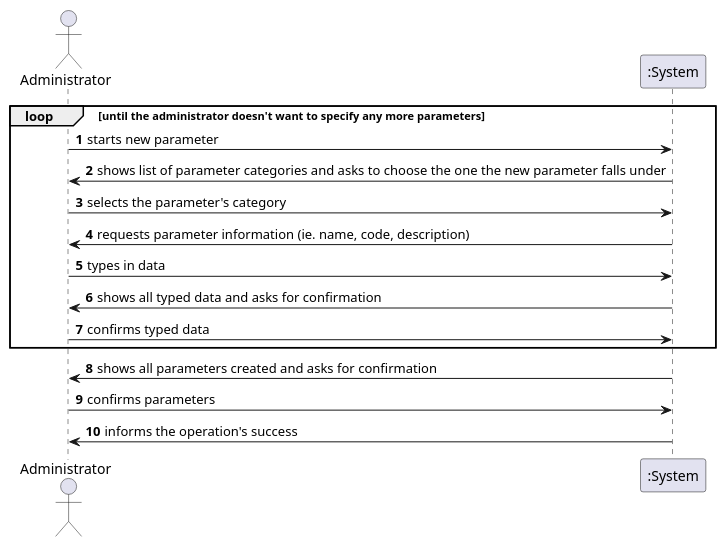
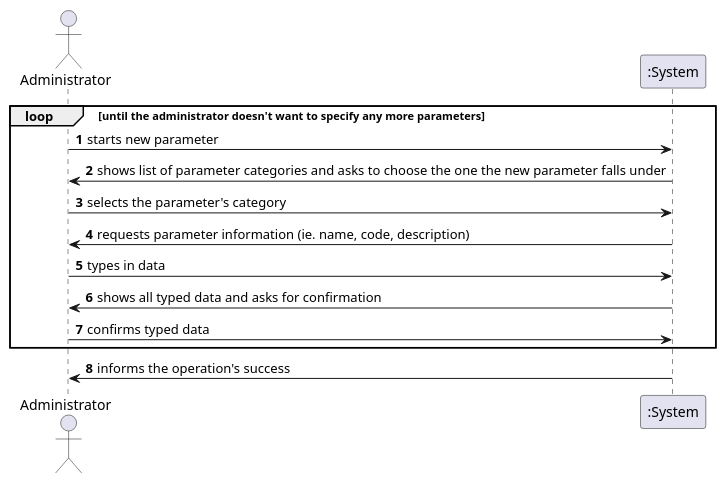
One commit to MadDinosaur/ISEP-LAPR2 changed the diagram in docs/SprintB/US10/US10_SSD.puml. Above: the diagram before and after it, drawn with PlantUML. The commit also changed 10 other files, not shown here.

```diff
--- a/docs/SprintB/US10/US10_SSD.puml
+++ b/docs/SprintB/US10/US10_SSD.puml
@@ -1,20 +1,18 @@
 @startuml
 
 autonumber
 
 actor Administrator
 
 loop until the administrator doesn't want to specify any more parameters
 Administrator -> ":System": starts new parameter
 ":System" -> Administrator: shows list of parameter categories and asks to choose the one the new parameter falls under
 Administrator -> ":System": selects the parameter's category
 ":System" -> Administrator: requests parameter information (ie. name, code, description)
 Administrator -> ":System": types in data
 ":System" -> Administrator: shows all typed data and asks for confirmation
 Administrator -> ":System": confirms typed data
 end loop
-":System" -> Administrator: shows all parameters created and asks for confirmation
-Administrator -> ":System": confirms parameters
 ":System" -> Administrator: informs the operation's success
 
 @enduml
```
